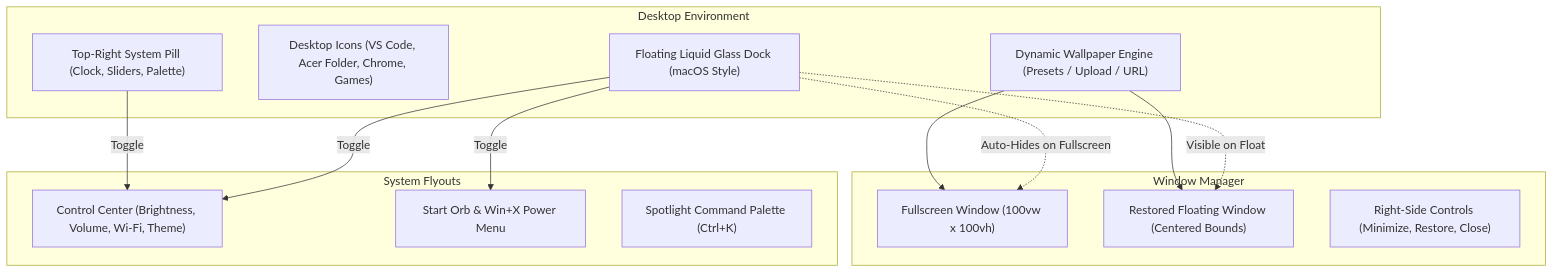
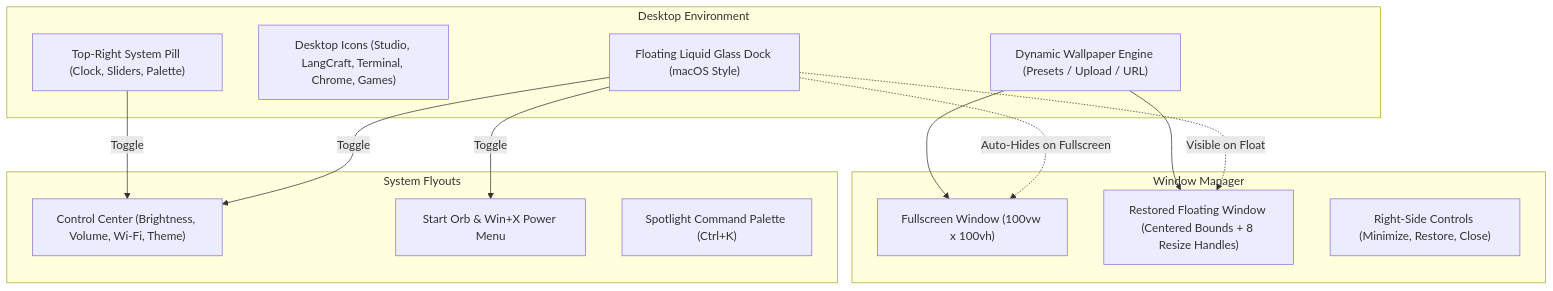
Before and after one commit to ibpofficial/ibp-os: the first of 2 diagrams in README.md, drawn with Mermaid. The commit also changed other lines of this file and 13 other files, not shown here.

````diff
--- a/README.md
+++ b/README.md
@@ -82,29 +365,29 @@
 ```mermaid
 graph TD
     subgraph Desktop Environment
         BG["Dynamic Wallpaper Engine (Presets / Upload / URL)"]
-        Grid["Desktop Icons (VS Code, Acer Folder, Chrome, Games)"]
+        Grid["Desktop Icons (Studio, LangCraft, Terminal, Chrome, Games)"]
         Pill["Top-Right System Pill (Clock, Sliders, Palette)"]
         Dock["Floating Liquid Glass Dock (macOS Style)"]
     end
 
     subgraph Window Manager
         MaxWin["Fullscreen Window (100vw x 100vh)"]
-        FloatWin["Restored Floating Window (Centered Bounds)"]
+        FloatWin["Restored Floating Window (Centered Bounds + 8 Resize Handles)"]
         Controls["Right-Side Controls (Minimize, Restore, Close)"]
     end
 
     subgraph System Flyouts
         CC["Control Center (Brightness, Volume, Wi-Fi, Theme)"]
         Start["Start Orb & Win+X Power Menu"]
         Spotlight["Spotlight Command Palette (Ctrl+K)"]
     end
 
     BG --> MaxWin
     BG --> FloatWin
     Dock -.->|Auto-Hides on Fullscreen| MaxWin
     Dock -.->|Visible on Float| FloatWin
     Pill -->|Toggle| CC
     Dock -->|Toggle| CC
     Dock -->|Toggle| Start
 ```
````
